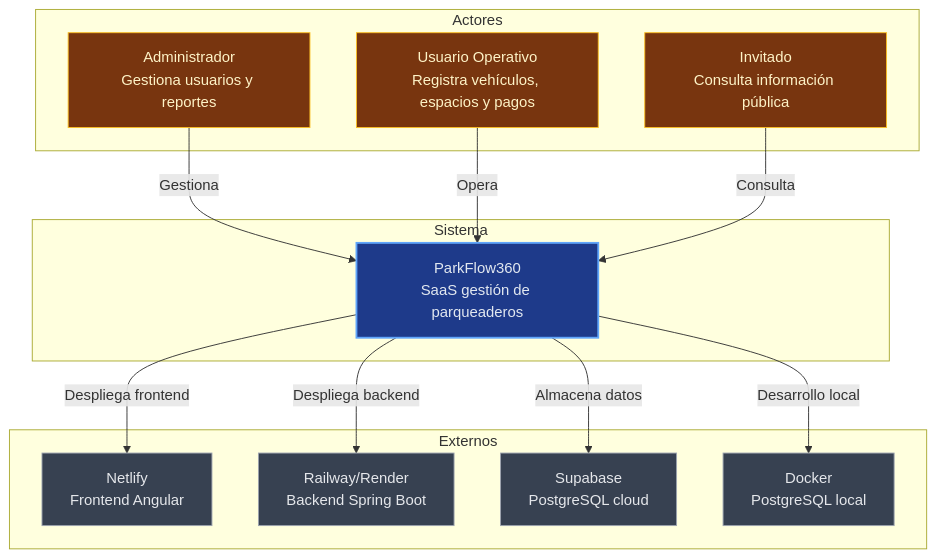
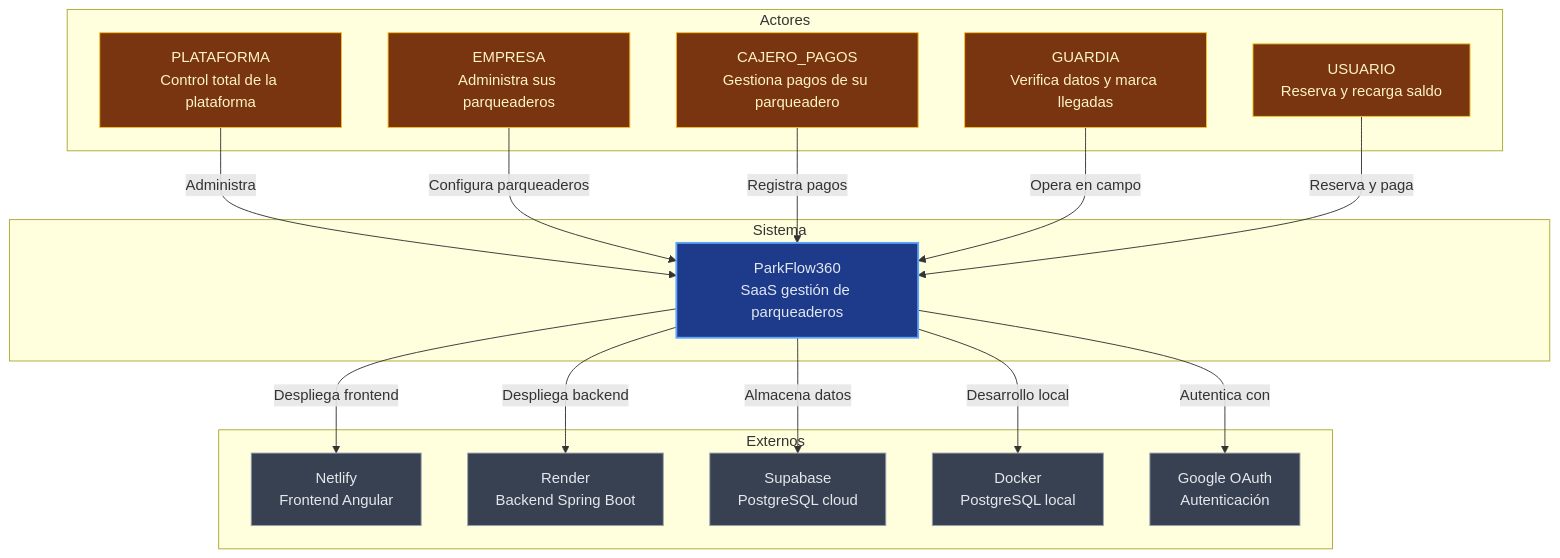
One commit to JulianSalamanca-code/ParkFlow360 changed the diagram in docs/diagrama-contexto-cr.md. Above: the diagram before and after it, drawn with Mermaid. The commit also changed other lines of this file and 13 other files, not shown here.

````diff
--- a/docs/diagrama-contexto-cr.md
+++ b/docs/diagrama-contexto-cr.md
@@ -7,37 +10,46 @@
 ```mermaid
 graph TD
     subgraph Actores
-        A1[Administrador<br/>Gestiona usuarios y reportes]
-        A2[Usuario Operativo<br/>Registra vehículos, espacios y pagos]
-        A3[Invitado<br/>Consulta información pública]
+        A1[PLATAFORMA<br/>Control total de la plataforma]
+        A2[EMPRESA<br/>Administra sus parqueaderos]
+        A3[CAJERO_PAGOS<br/>Gestiona pagos de su parqueadero]
+        A4[GUARDIA<br/>Verifica datos y marca llegadas]
+        A5[USUARIO<br/>Reserva y recarga saldo]
     end
 
     subgraph Sistema
         S[ParkFlow360<br/>SaaS gestión de parqueaderos]
     end
 
     subgraph Externos
         E1[Netlify<br/>Frontend Angular]
-        E2[Railway/Render<br/>Backend Spring Boot]
+        E2[Render<br/>Backend Spring Boot]
         E3[Supabase<br/>PostgreSQL cloud]
         E4[Docker<br/>PostgreSQL local]
+        E5[Google OAuth<br/>Autenticación]
     end
 
-    A1 -->|Gestiona| S
-    A2 -->|Opera| S
-    A3 -->|Consulta| S
+    A1 -->|Administra| S
+    A2 -->|Configura parqueaderos| S
+    A3 -->|Registra pagos| S
+    A4 -->|Opera en campo| S
+    A5 -->|Reserva y paga| S
 
     S -->|Despliega frontend| E1
     S -->|Despliega backend| E2
     S -->|Almacena datos| E3
     S -->|Desarrollo local| E4
+    S -->|Autentica con| E5
 
     style S fill:#1e3a8a,stroke:#60a5fa,stroke-width:2px,color:#e2e8f0
     style A1 fill:#78350f,stroke:#fbbf24,color:#fef3c7
     style A2 fill:#78350f,stroke:#fbbf24,color:#fef3c7
     style A3 fill:#78350f,stroke:#fbbf24,color:#fef3c7
+    style A4 fill:#78350f,stroke:#fbbf24,color:#fef3c7
+    style A5 fill:#78350f,stroke:#fbbf24,color:#fef3c7
     style E1 fill:#374151,stroke:#9ca3af,color:#e5e7eb
     style E2 fill:#374151,stroke:#9ca3af,color:#e5e7eb
     style E3 fill:#374151,stroke:#9ca3af,color:#e5e7eb
     style E4 fill:#374151,stroke:#9ca3af,color:#e5e7eb
+    style E5 fill:#374151,stroke:#9ca3af,color:#e5e7eb
 ```
````
